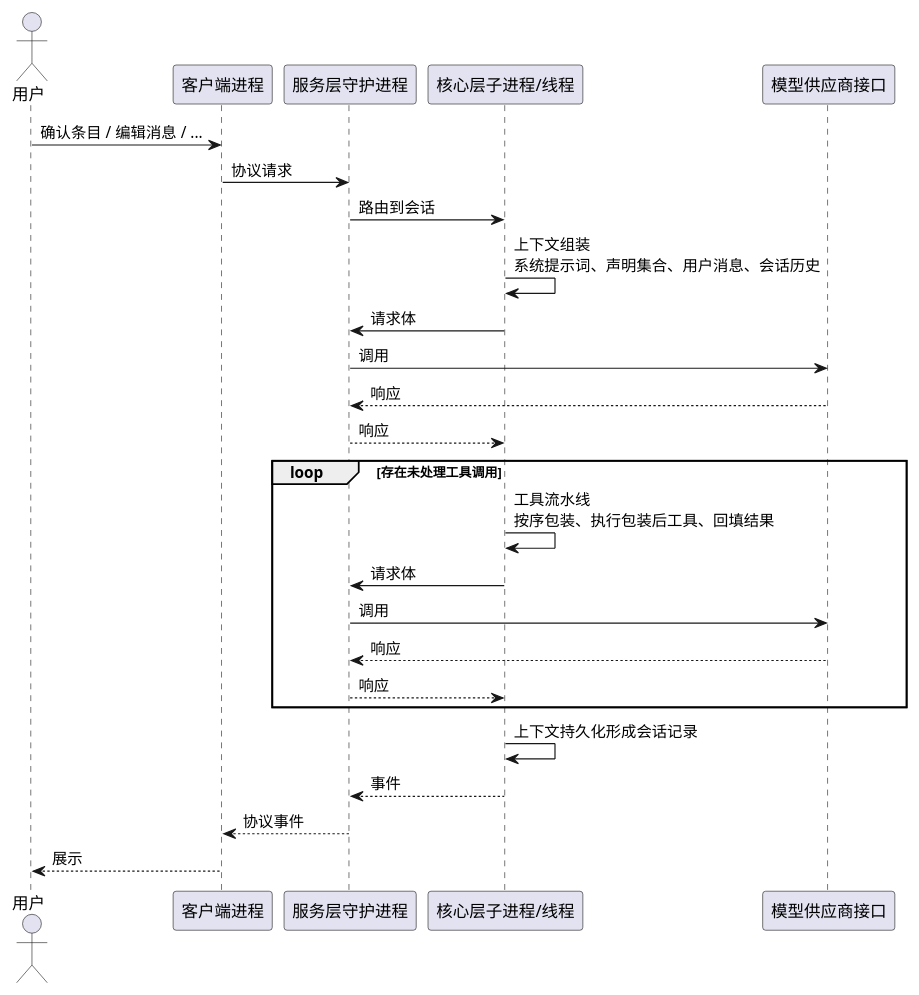
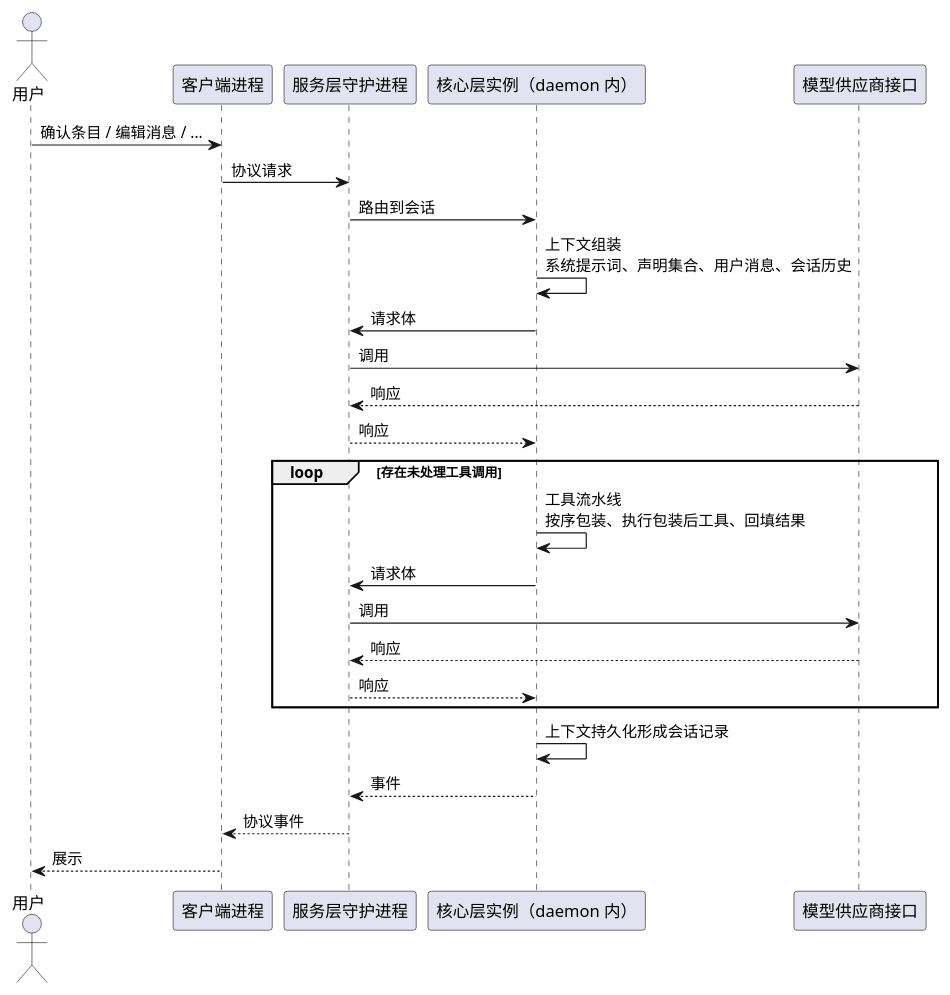
Before and after one commit to pisciculus0413/Pisces: the second of 10 diagrams in docs/1 High-Level Design/1 High-Level Design.md, drawn with PlantUML. The commit also changed other lines of this file, not shown here.

````diff
--- a/docs/1 High-Level Design/1 High-Level Design.md
+++ b/docs/1 High-Level Design/1 High-Level Design.md
@@ -241,29 +276,29 @@
 ```plantuml
 @startuml
 actor "用户" as user
 participant "客户端进程" as client
 participant "服务层守护进程" as daemon
-participant "核心层子进程/线程" as core
+participant "核心层实例（daemon 内）" as core
 participant "模型供应商接口" as provider
 
 user -> client : 确认条目 / 编辑消息 / ...
 client -> daemon : 协议请求
 daemon -> core : 路由到会话
 core -> core : 上下文组装\n系统提示词、声明集合、用户消息、会话历史
 core -> daemon : 请求体
 daemon -> provider : 调用
 provider --> daemon : 响应
 daemon --> core : 响应
 loop 存在未处理工具调用
   core -> core : 工具流水线\n按序包装、执行包装后工具、回填结果
   core -> daemon : 请求体
   daemon -> provider : 调用
   provider --> daemon : 响应
   daemon --> core : 响应
 end
 core -> core : 上下文持久化形成会话记录
 core --> daemon : 事件
 daemon --> client : 协议事件
 client --> user : 展示
 @enduml
 ```
````
